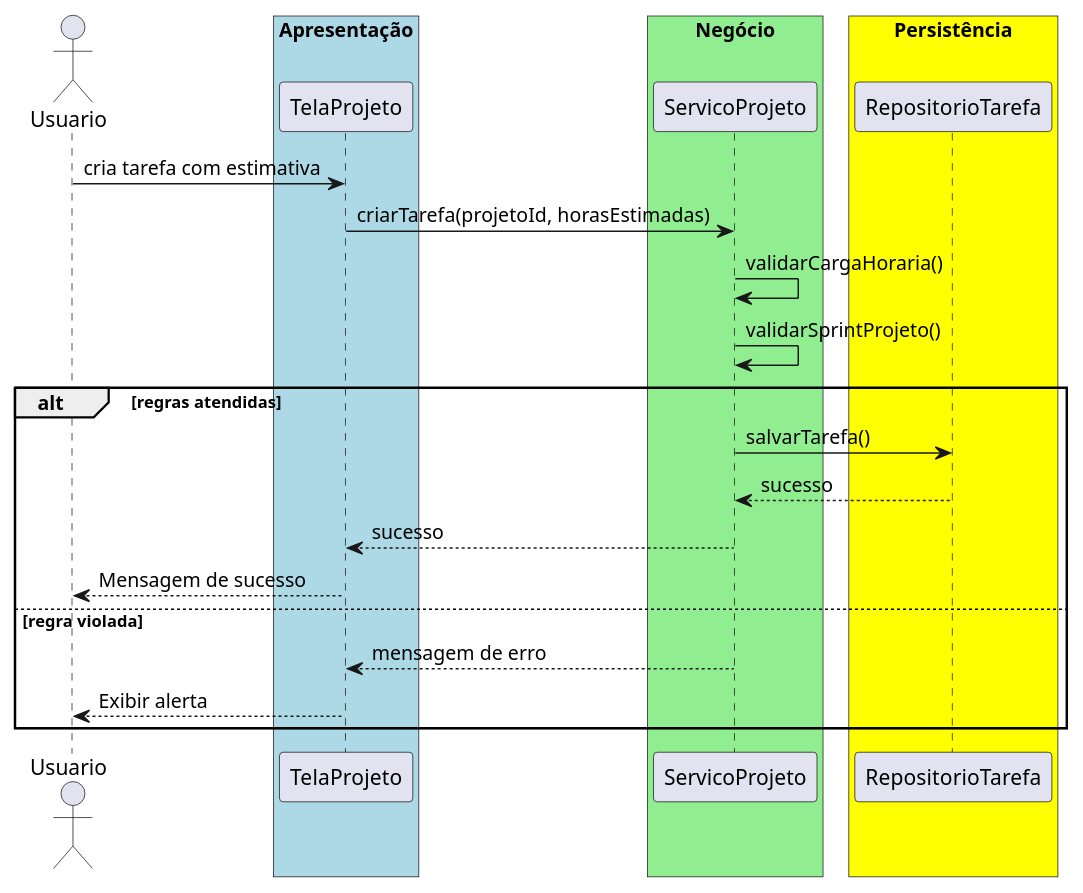
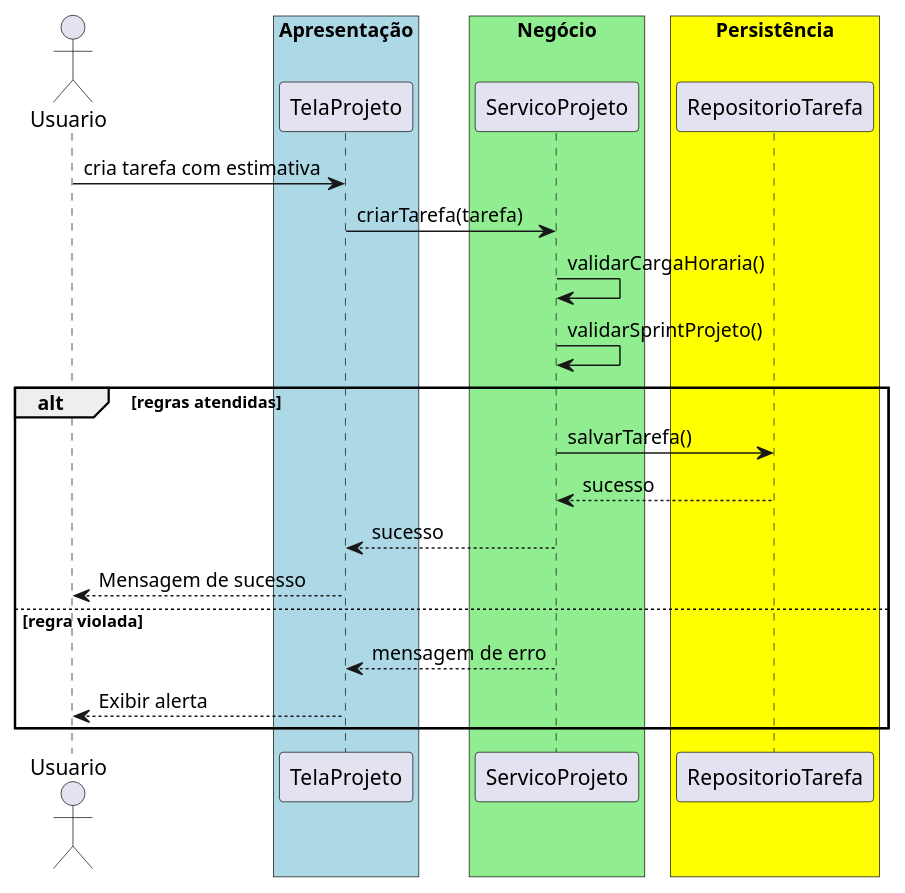
The diagram in src/trabalhos/Trabalho28.md (20261-ifba-saj-ads-poo/blog), drawn with PlantUML before and after one commit. The commit also changed other lines of this file and 35 other files, not shown here.

````diff
--- a/src/trabalhos/Trabalho28.md
+++ b/src/trabalhos/Trabalho28.md
@@ -29,27 +29,27 @@
-```plantuml
+```plantuml{kroki=true}
 @startuml
 actor Usuario
 box "Apresentação" #lightblue
     participant TelaProjeto
 end box
 box "Negócio" #lightgreen
     participant ServicoProjeto
 end box
 box "Persistência" #yellow
     participant RepositorioTarefa
 end box
 Usuario -> TelaProjeto : cria tarefa com estimativa
-TelaProjeto -> ServicoProjeto : criarTarefa(projetoId, horasEstimadas)
+TelaProjeto -> ServicoProjeto : criarTarefa(tarefa)
 ServicoProjeto -> ServicoProjeto : validarCargaHoraria()
 ServicoProjeto -> ServicoProjeto : validarSprintProjeto()
 alt regras atendidas
     ServicoProjeto -> RepositorioTarefa : salvarTarefa()
     RepositorioTarefa --> ServicoProjeto : sucesso
     ServicoProjeto --> TelaProjeto : sucesso
     TelaProjeto --> Usuario : Mensagem de sucesso
 else regra violada
     ServicoProjeto --> TelaProjeto : mensagem de erro
     TelaProjeto --> Usuario : Exibir alerta
 end
 @enduml
 ```
````
